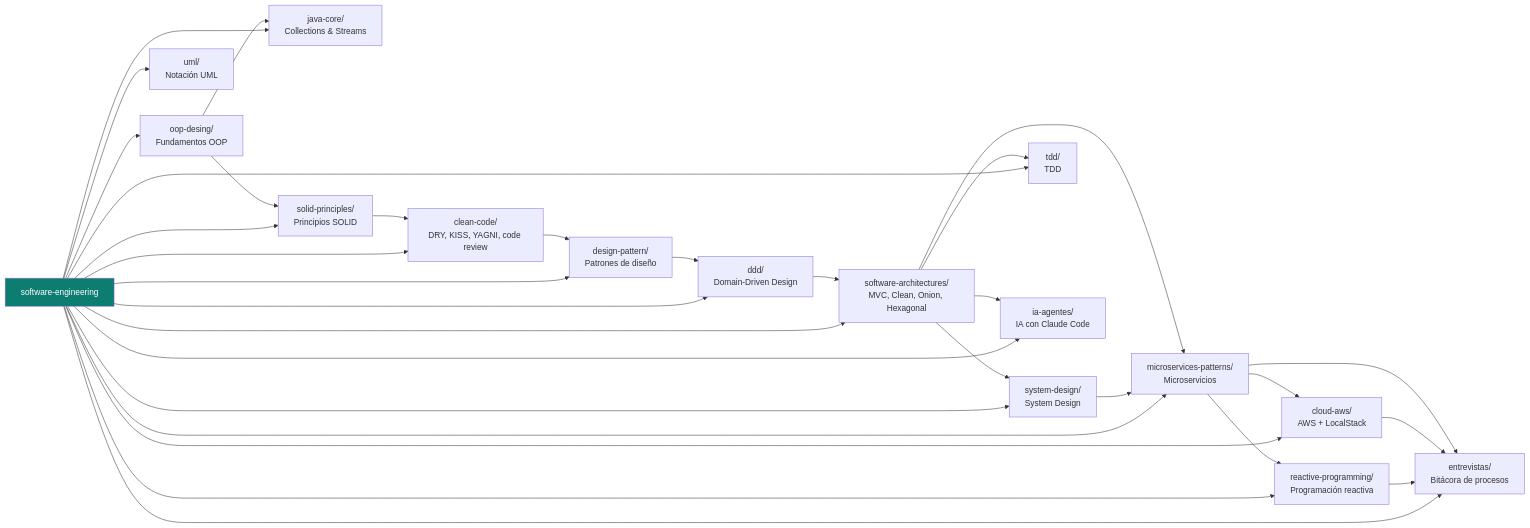
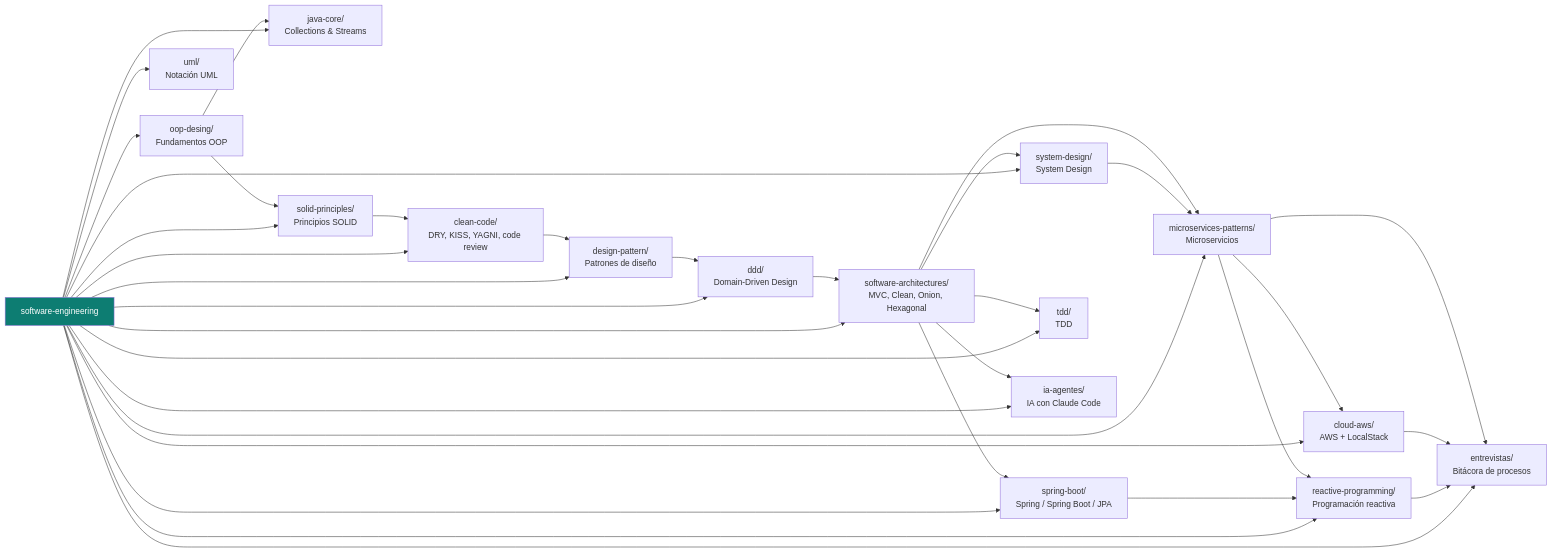
One commit to edzamo/software-engineering changed the diagram in README.md. Above: the diagram before and after it, drawn with Mermaid. The commit also changed other lines of this file and 16 other files, not shown here.

First line of the commit message:
Add Spring Boot ecosystem overview and documentation for key components

````diff
--- a/README.md
+++ b/README.md
@@ -9,39 +9,42 @@
 ```mermaid
 graph LR
     root["software-engineering"]
 
     root --> oop["oop-desing/<br/>Fundamentos OOP"]
     root --> javacore["java-core/<br/>Collections &amp; Streams"]
     root --> solid["solid-principles/<br/>Principios SOLID"]
     root --> cc["clean-code/<br/>DRY, KISS, YAGNI, code review"]
     root --> dp["design-pattern/<br/>Patrones de diseño"]
     root --> ddd["ddd/<br/>Domain-Driven Design"]
     root --> uml["uml/<br/>Notación UML"]
     root --> arch["software-architectures/<br/>MVC, Clean, Onion, Hexagonal"]
     root --> sysdes["system-design/<br/>System Design"]
     root --> micro["microservices-patterns/<br/>Microservicios"]
+    root --> springboot["spring-boot/<br/>Spring / Spring Boot / JPA"]
     root --> reactive["reactive-programming/<br/>Programación reactiva"]
     root --> aws["cloud-aws/<br/>AWS + LocalStack"]
     root --> tdd["tdd/<br/>TDD"]
     root --> ia["ia-agentes/<br/>IA con Claude Code"]
     root --> entrevistas["entrevistas/<br/>Bitácora de procesos"]
 
     oop --> javacore
     oop --> solid
     solid --> cc
     cc --> dp
     dp --> ddd
     ddd --> arch
     arch --> sysdes
     sysdes --> micro
     arch --> micro
+    arch --> springboot
+    springboot --> reactive
     micro --> reactive
     micro --> aws
     arch --> tdd
     arch --> ia
     reactive --> entrevistas
     aws --> entrevistas
     micro --> entrevistas
 
     style root fill:#0d7d72,color:#fff
 ```
````
